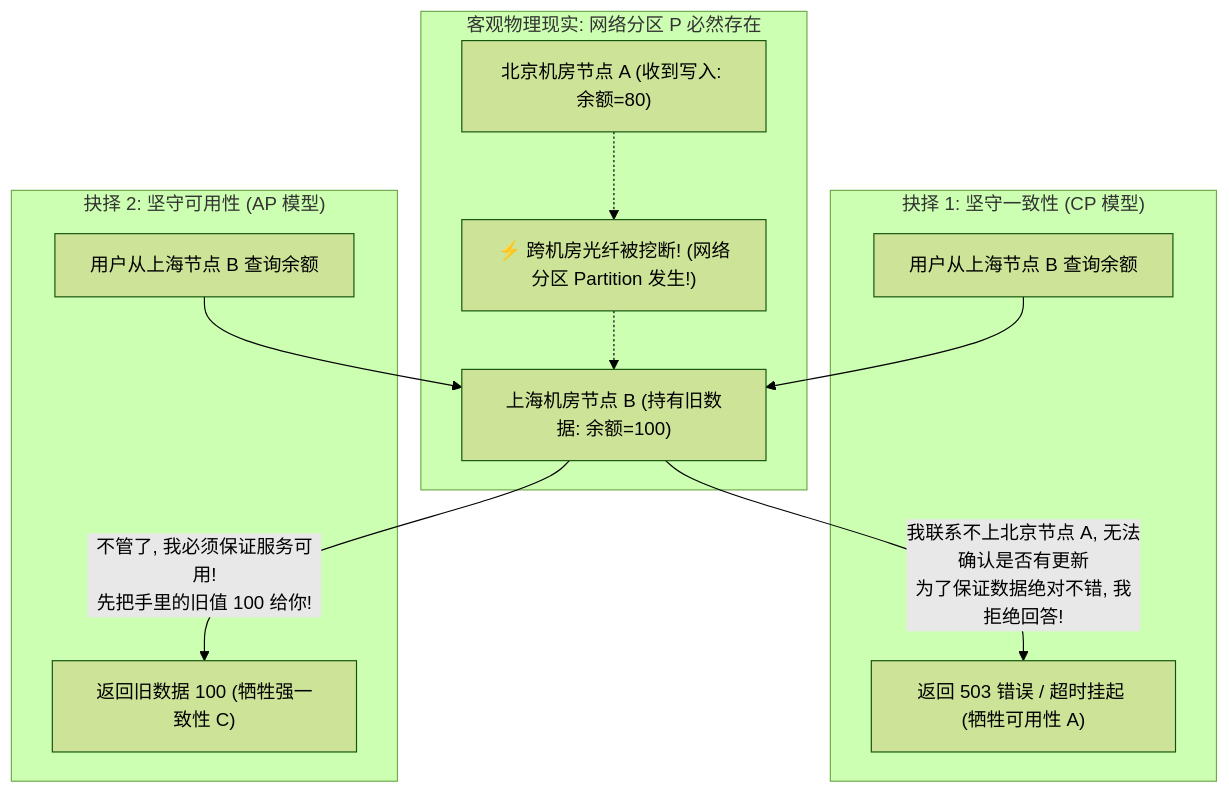
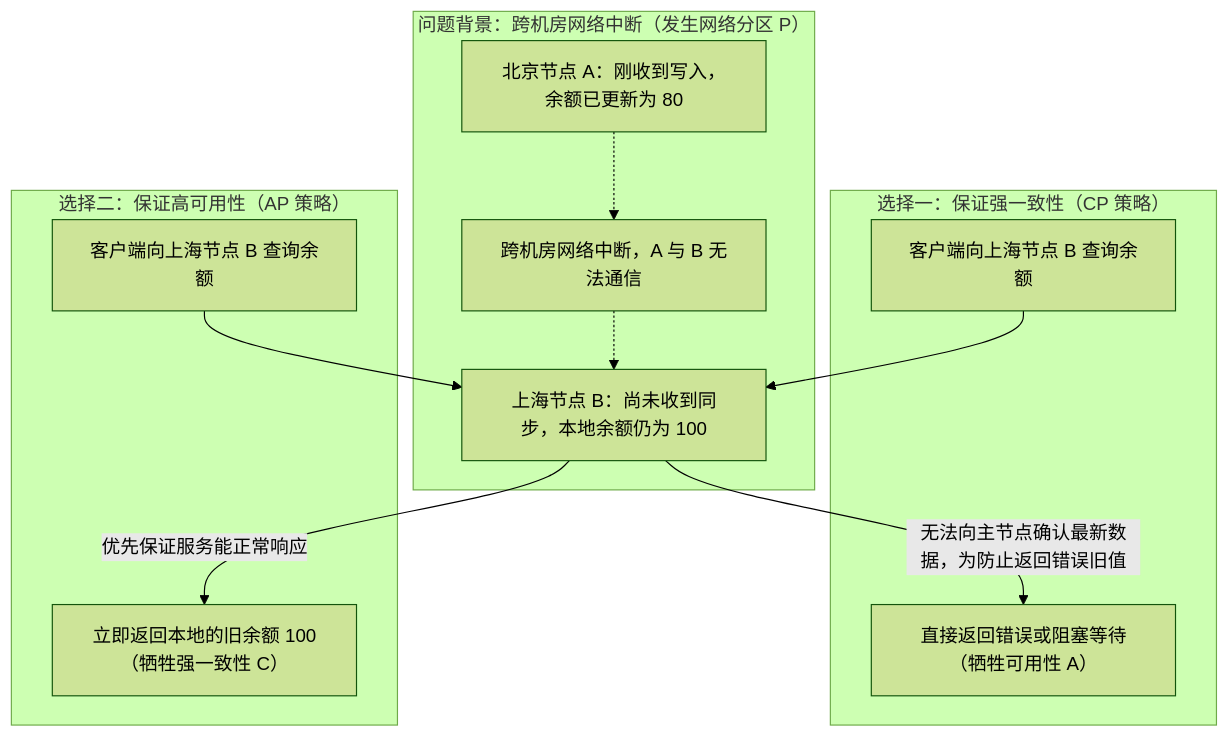
Before and after one commit to GuoWWWX/knowledge-base: the first of 2 diagrams in 20-Java后端/07-分布式与微服务/01-CAP与BASE理论.md, drawn with Mermaid (forest theme). The commit also changed other lines of this file and 251 other files, not shown here.

````diff
--- a/20-Java后端/07-分布式与微服务/01-CAP与BASE理论.md
+++ b/20-Java后端/07-分布式与微服务/01-CAP与BASE理论.md
@@ -30,20 +35,20 @@
 ```mermaid
 flowchart TD
-    subgraph 物理现实["客观物理现实: 网络分区 P 必然存在"]
-        NodeA["北京机房节点 A (收到写入: 余额=80)"]
-        NodeB["上海机房节点 B (持有旧数据: 余额=100)"]
-        Split["⚡ 跨机房光纤被挖断! (网络分区 Partition 发生!)"]
-        NodeA -.-> Split
-        Split -.-> NodeB
+    subgraph Scene["问题背景：跨机房网络中断（发生网络分区 P）"]
+        NodeA["北京节点 A：刚收到写入，余额已更新为 80"]
+        NodeB["上海节点 B：尚未收到同步，本地余额仍为 100"]
+        NetErr["跨机房网络中断，A 与 B 无法通信"]
+        NodeA -.-> NetErr
+        NetErr -.-> NodeB
     end
 
-    subgraph 抉择一["抉择 1: 坚守一致性 (CP 模型)"]
-        UserB1["用户从上海节点 B 查询余额"] --> NodeB
-        NodeB -->|"我联系不上北京节点 A, 无法确认是否有更新\n为了保证数据绝对不错, 我拒绝回答!"| Reject["返回 503 错误 / 超时挂起 (牺牲可用性 A)"]
+    subgraph ChoiceCP["选择一：保证强一致性（CP 策略）"]
+        Req1["客户端向上海节点 B 查询余额"] --> NodeB
+        NodeB -->|"无法向主节点确认最新数据，为防止返回错误旧值"| Resp1["直接返回错误或阻塞等待（牺牲可用性 A）"]
     end
 
-    subgraph 抉择二["抉择 2: 坚守可用性 (AP 模型)"]
-        UserB2["用户从上海节点 B 查询余额"] --> NodeB
-        NodeB -->|"不管了, 我必须保证服务可用!\n先把手里的旧值 100 给你!"| OldData["返回旧数据 100 (牺牲强一致性 C)"]
+    subgraph ChoiceAP["选择二：保证高可用性（AP 策略）"]
+        Req2["客户端向上海节点 B 查询余额"] --> NodeB
+        NodeB -->|"优先保证服务能正常响应"| Resp2["立即返回本地的旧余额 100（牺牲强一致性 C）"]
     end
 ```
````
